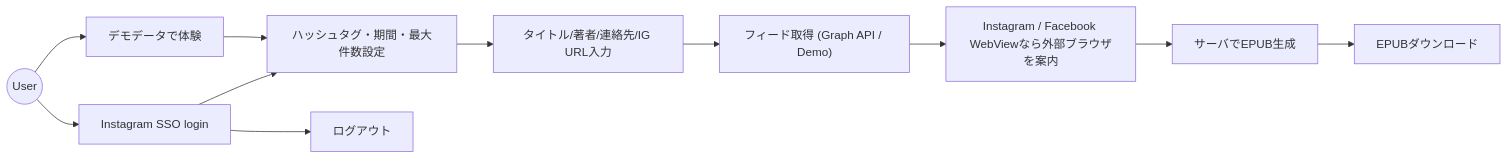
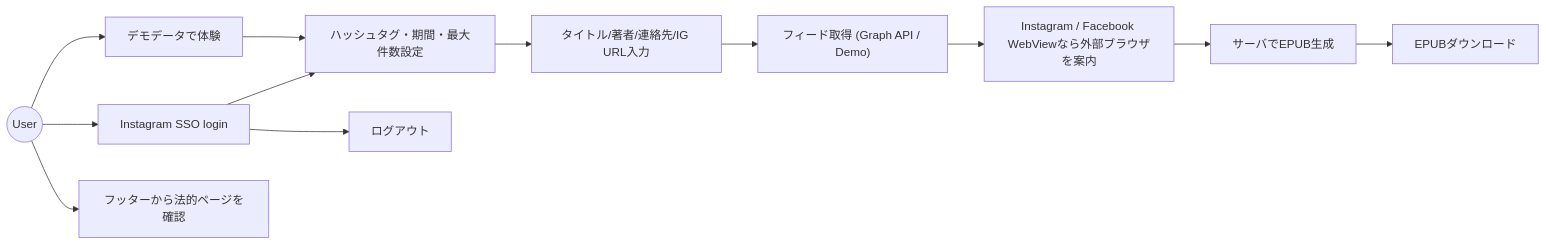
The diagram in docs/designdoc/flowchart LR.mmd (1021ky/instagram-feed-epublisher), drawn with Mermaid before and after one commit. The commit also changed 19 other files, not shown here.

```diff
--- a/docs/designdoc/flowchart LR.mmd
+++ b/docs/designdoc/flowchart LR.mmd
@@ -1,17 +1,19 @@
 flowchart LR
     %% @mermaid-chart
     actor((User))
     login["Instagram SSO login"]
     demo["デモデータで体験"]
     filters["ハッシュタグ・期間・最大件数設定"]
     meta["タイトル/著者/連絡先/IG URL入力"]
     fetch["フィード取得 (Graph API / Demo)"]
     banner["Instagram / Facebook WebViewなら外部ブラウザを案内"]
     build["サーバでEPUB生成"]
     download["EPUBダウンロード"]
     logout["ログアウト"]
+    legal["フッターから法的ページを確認"]
     actor --> login --> filters
     actor --> demo --> filters
     fetch --> banner --> build --> download
     filters --> meta --> fetch
     login --> logout
+    actor --> legal
```
